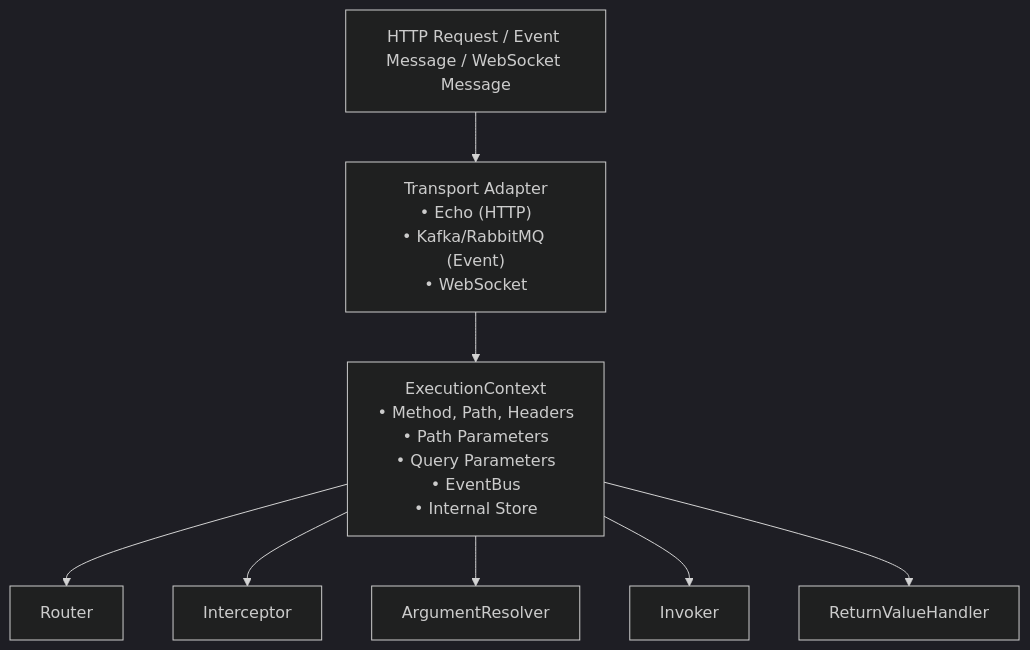
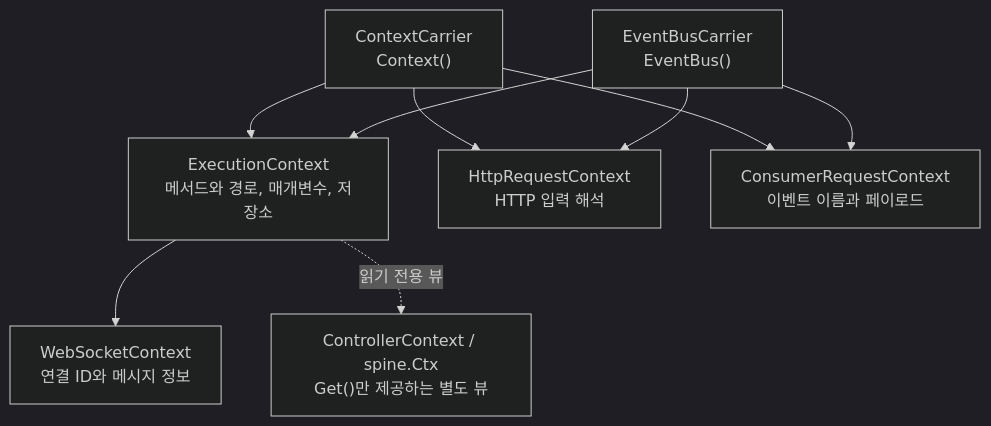
The diagram in docs/ko/learn/core-concepts/execution-context.md (NARUBROWN/spine-site), drawn with Mermaid (dark theme) before and after one commit. The commit also changed other lines of this file and 158 other files, not shown here.

````diff
--- a/docs/ko/learn/core-concepts/execution-context.md
+++ b/docs/ko/learn/core-concepts/execution-context.md
@@ -12,23 +31,19 @@
 ```mermaid
 graph TD
-    Request["HTTP Request / Event Message / WebSocket Message"]
-    
-    Transport["Transport Adapter<br>• Echo (HTTP)<br>• Kafka/RabbitMQ (Event)<br>• WebSocket"]
-    
-    Context["ExecutionContext<br>• Method, Path, Headers<br>• Path Parameters<br>• Query Parameters<br>• EventBus<br>• Internal Store"]
-    
-    Router["Router"]
-    Interceptor["Interceptor"]
-    ArgResolver["ArgumentResolver"]
-    Invoker["Invoker"]
-    ReturnHandler["ReturnValueHandler"]
+    Base["ContextCarrier<br>Context()"]
+    Bus["EventBusCarrier<br>EventBus()"]
+    Execution["ExecutionContext<br>메서드와 경로, 매개변수, 저장소"]
+    HTTP["HttpRequestContext<br>HTTP 입력 해석"]
+    Consumer["ConsumerRequestContext<br>이벤트 이름과 페이로드"]
+    WS["WebSocketContext<br>연결 ID와 메시지 정보"]
+    View["ControllerContext / spine.Ctx<br>Get()만 제공하는 별도 뷰"]
 
-    Request --> Transport
-    Transport --> Context
-    
-    Context --> Router
-    Context --> Interceptor
-    Context --> ArgResolver
-    Context --> Invoker
-    Context --> ReturnHandler
+    Base --> Execution
+    Bus --> Execution
+    Base --> HTTP
+    Bus --> HTTP
+    Base --> Consumer
+    Bus --> Consumer
+    Execution --> WS
+    Execution -. 읽기 전용 뷰 .-> View
 ```
````
